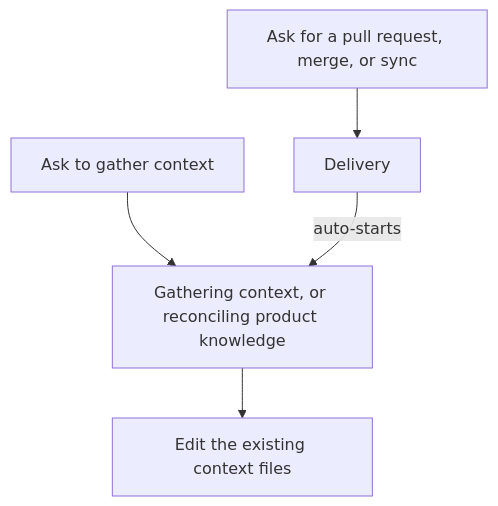
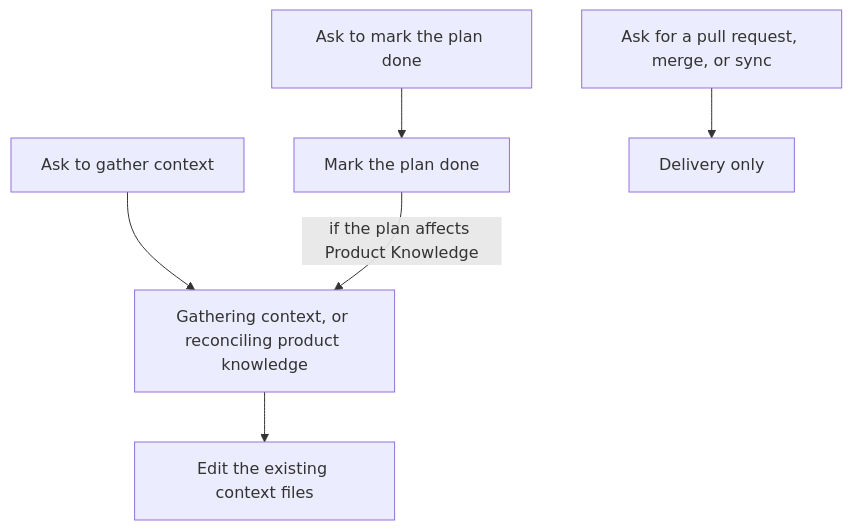
One commit to kaotypr/context-circuit-source changed the diagram in intent/i014-direct-context-updates/INTENT.md. Above: the diagram before and after it, drawn with Mermaid. The commit also changed other lines of this file and 1 other file, not shown here.

Commit message:
docs(intent): settle i014 on mark-done in-place knowledge updates

````diff
--- a/intent/i014-direct-context-updates/INTENT.md
+++ b/intent/i014-direct-context-updates/INTENT.md
@@ -11,7 +11,8 @@
 ```mermaid
 flowchart TD
   G["Ask to gather context"] --> A["Gathering context, or reconciling product knowledge"]
-  D["Ask for a pull request, merge, or sync"] --> P["Delivery"]
-  P -->|"auto-starts"| A
+  M["Ask to mark the plan done"] --> Done["Mark the plan done"]
+  Done -->|"if the plan affects Product Knowledge"| A
   A --> W["Edit the existing context files"]
+  D["Ask for a pull request, merge, or sync"] --> P["Delivery only"]
 ```
````
